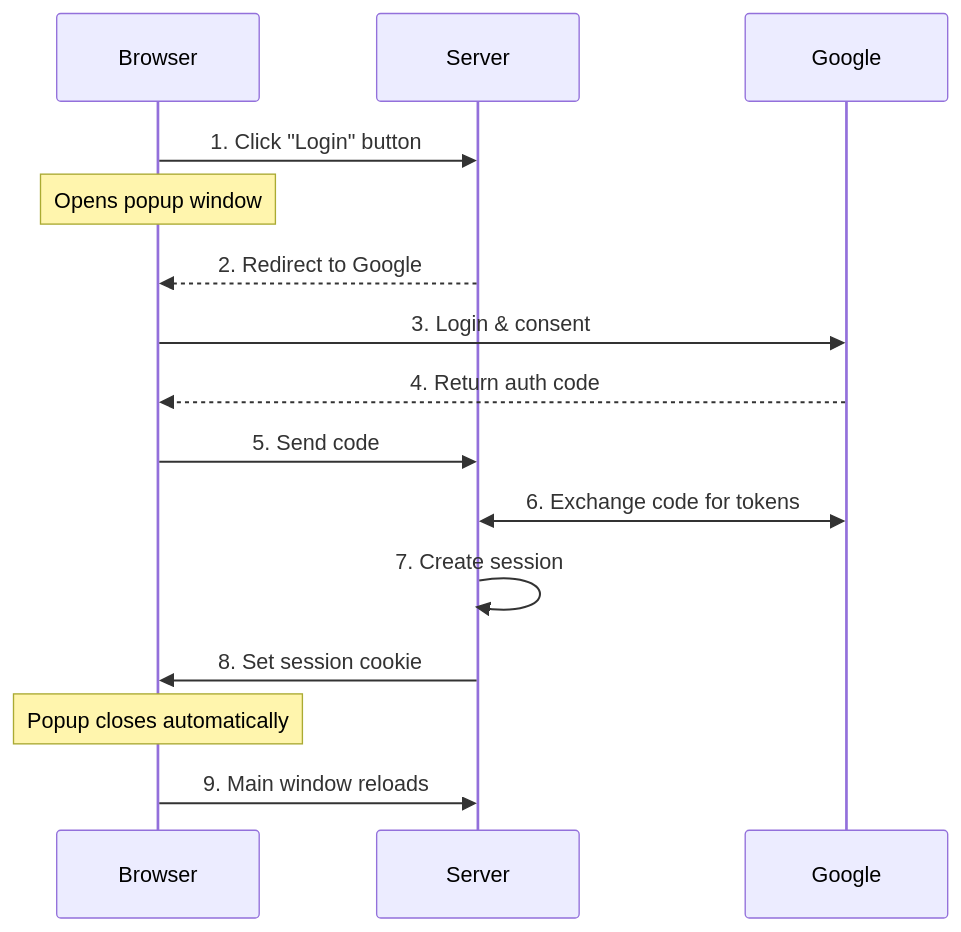
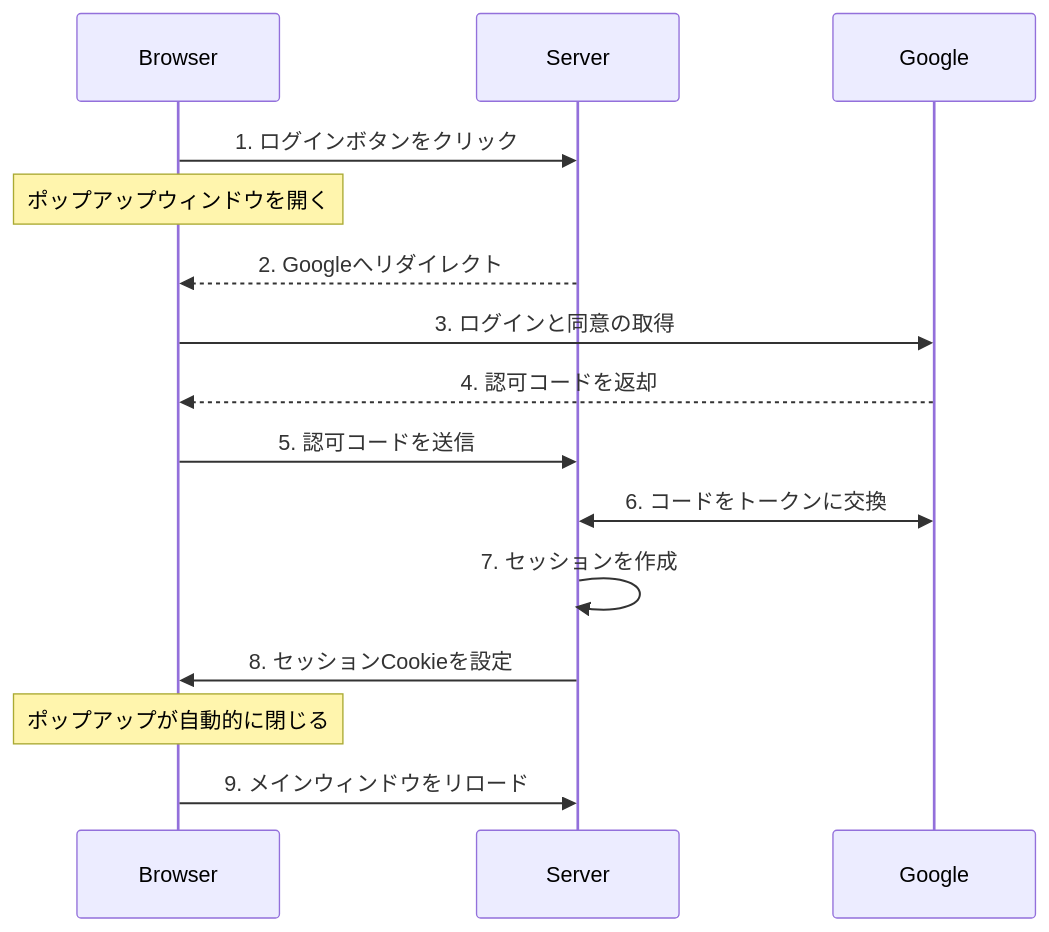
Before and after one commit to ktaka-ccmp/ktaka.blog.ccmp.jp: the first of 4 diagrams in 2024/Axum-Google-OAuth2-Login/Readme.jp.md, drawn with Mermaid. The commit also changed other lines of this file, not shown here.

````diff
--- a/2024/Axum-Google-OAuth2-Login/Readme.jp.md
+++ b/2024/Axum-Google-OAuth2-Login/Readme.jp.md
@@ -47,18 +49,18 @@
 ```mermaid
 sequenceDiagram
     participant Browser
     participant Server
     participant Google
 
-    Browser->>Server: 1. Click "Login" button
-    Note over Browser: Opens popup window
-    Server-->>Browser: 2. Redirect to Google
-    Browser->>Google: 3. Login & consent
-    Google-->>Browser: 4. Return auth code
-    Browser->>Server: 5. Send code
-    Server<<->>Google: 6. Exchange code for tokens
-    Server->>Server: 7. Create session
-    Server->>Browser: 8. Set session cookie
-    Note over Browser: Popup closes automatically
-    Browser->>Server: 9. Main window reloads
+    Browser->>Server: 1. ログインボタンをクリック
+    Note over Browser: ポップアップウィンドウを開く
+    Server-->>Browser: 2. Googleへリダイレクト
+    Browser->>Google: 3. ログインと同意の取得
+    Google-->>Browser: 4. 認可コードを返却
+    Browser->>Server: 5. 認可コードを送信
+    Server<<->>Google: 6. コードをトークンに交換
+    Server->>Server: 7. セッションを作成
+    Server->>Browser: 8. セッションCookieを設定
+    Note over Browser: ポップアップが自動的に閉じる
+    Browser->>Server: 9. メインウィンドウをリロード
 ```
````
